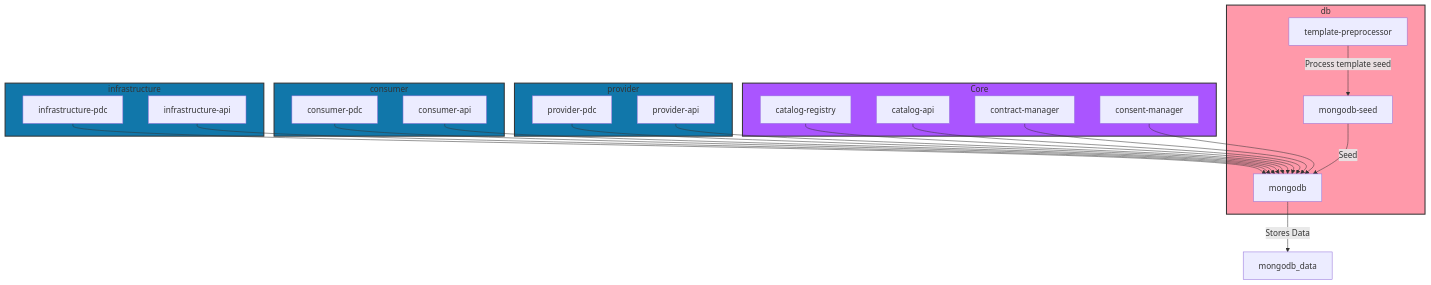
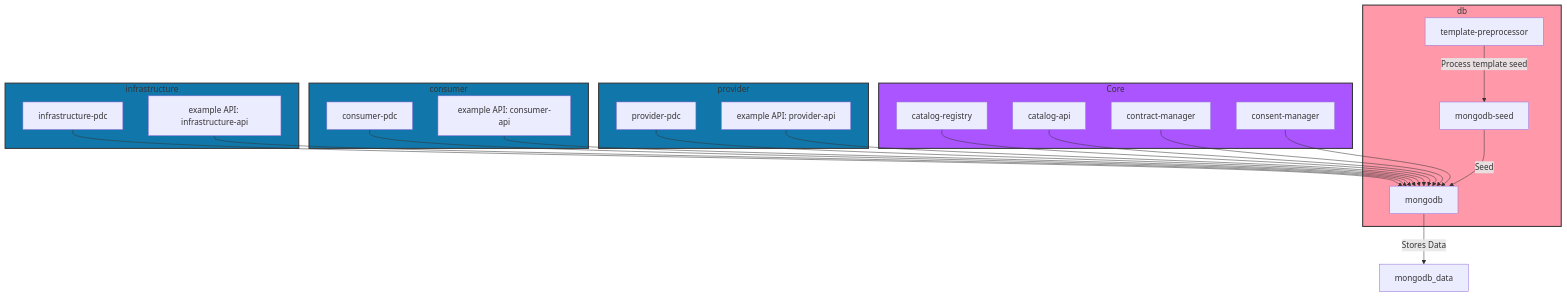
Before and after one commit to Visions-Nicolas/ptx-docker: the diagram in README.md, drawn with Mermaid. The commit also changed other lines of this file and 23 other files, not shown here.

````diff
--- a/README.md
+++ b/README.md
@@ -7,64 +39,64 @@
 ```mermaid
 graph TD;
     B[mongodb]
     C[mongodb-seed]
     D[catalog-registry]
     E[catalog-api]
     F[contract-manager]
     G[consent-manager]
     H[provider-pdc]
     I[consumer-pdc]
-    J[provider-api]
+    J[example API: provider-api]
     K[template-preprocessor]
-    L[consumer-api]
+    L[example API: consumer-api]
     N[infrastructure-pdc]
-    M[infrastructure-api]
+    M[example API: infrastructure-api]
 
     subgraph db
         B
         C
         K
     end
 
     subgraph Core
         D
         E
         F
         G
     end
 
     subgraph provider
         H
         J
     end
 
     subgraph consumer
         I
         L
     end
 
     subgraph infrastructure
         M
         N
     end
 
     B -->|Stores Data| O[mongodb_data]
     C -->|Seed| B
     K -->|Process template seed| C
     D --> B
     E --> B
     F --> B
     G --> B
     H --> B
     I --> B
     J --> B
     L --> B
     N --> B
     M --> B
 
     style db fill:#f9a,stroke:#333,stroke-width:2px;
     style Core fill:#a5f,stroke:#333,stroke-width:2px;
     style provider fill:#17a,stroke:#333,stroke-width:2px;
     style consumer fill:#17a,stroke:#333,stroke-width:2px;
     style infrastructure fill:#17a,stroke:#333,stroke-width:2px;
 ```
````
